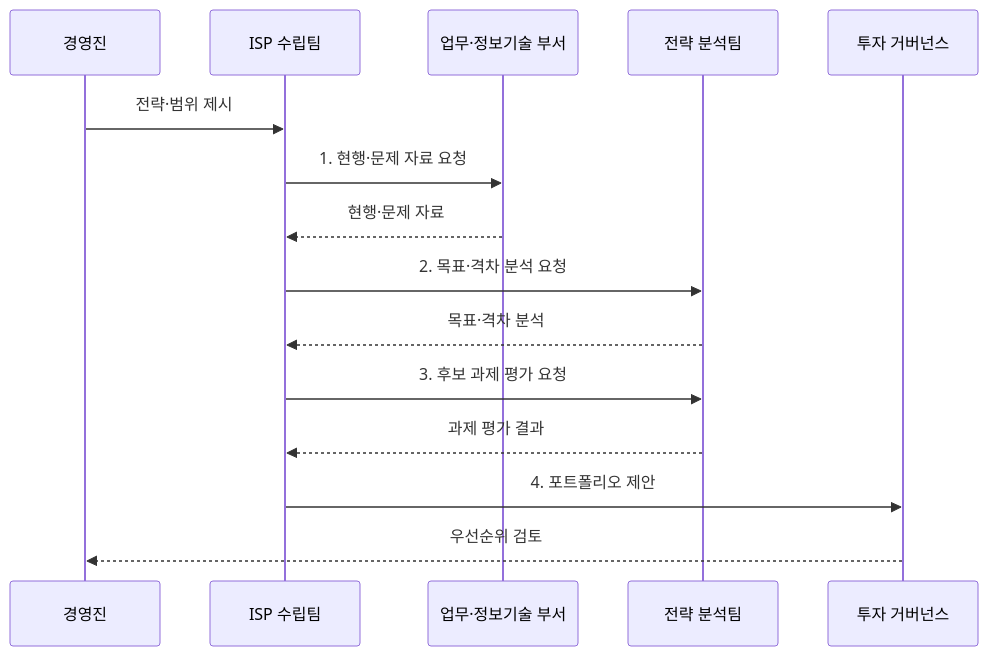
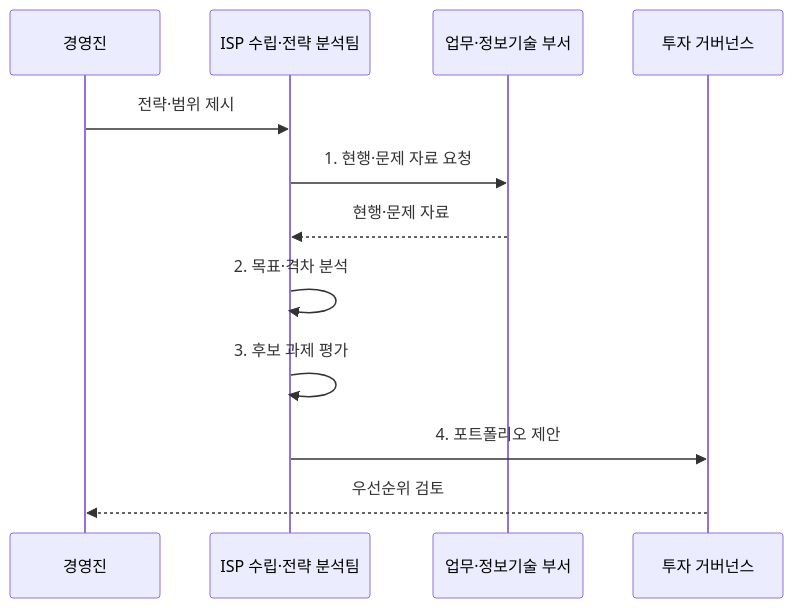
One commit to agnusdei1207/knowledge-base changed the second of 2 diagrams in src/content/docs/notes/03-software/188_isp.md. Above: the diagram before and after it, drawn with Mermaid. The commit also changed 9 other files, not shown here.

Commit message:
Focus governance and assurance diagrams

````diff
--- a/src/content/docs/notes/03-software/188_isp.md
+++ b/src/content/docs/notes/03-software/188_isp.md
@@ -94,17 +94,14 @@
 ```mermaid
 sequenceDiagram
     participant E as 경영진
-    participant T as ISP 수립팀
+    participant T as ISP 수립·전략 분석팀
     participant B as 업무·정보기술 부서
-    participant A as 전략 분석팀
     participant G as 투자 거버넌스
     E->>T: 전략·범위 제시
     T->>B: 1. 현행·문제 자료 요청
     B-->>T: 현행·문제 자료
-    T->>A: 2. 목표·격차 분석 요청
-    A-->>T: 목표·격차 분석
-    T->>A: 3. 후보 과제 평가 요청
-    A-->>T: 과제 평가 결과
+    T->>T: 2. 목표·격차 분석
+    T->>T: 3. 후보 과제 평가
     T->>G: 4. 포트폴리오 제안
     G-->>E: 우선순위 검토
 ```
````
